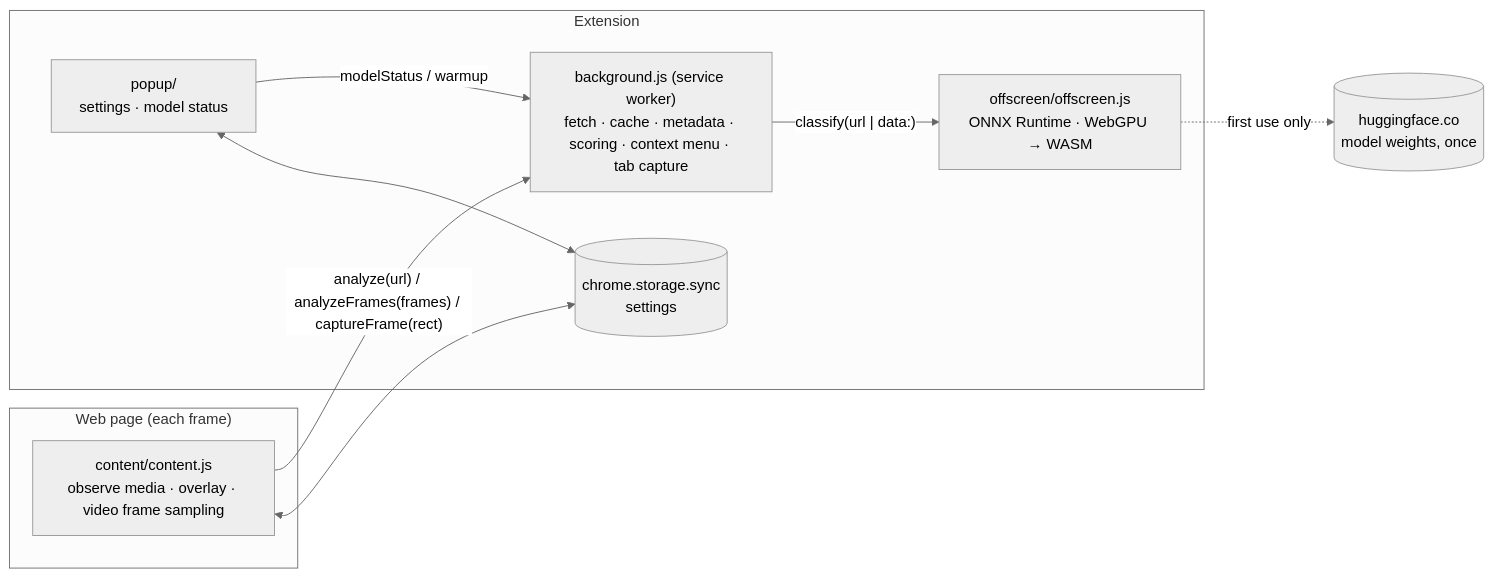
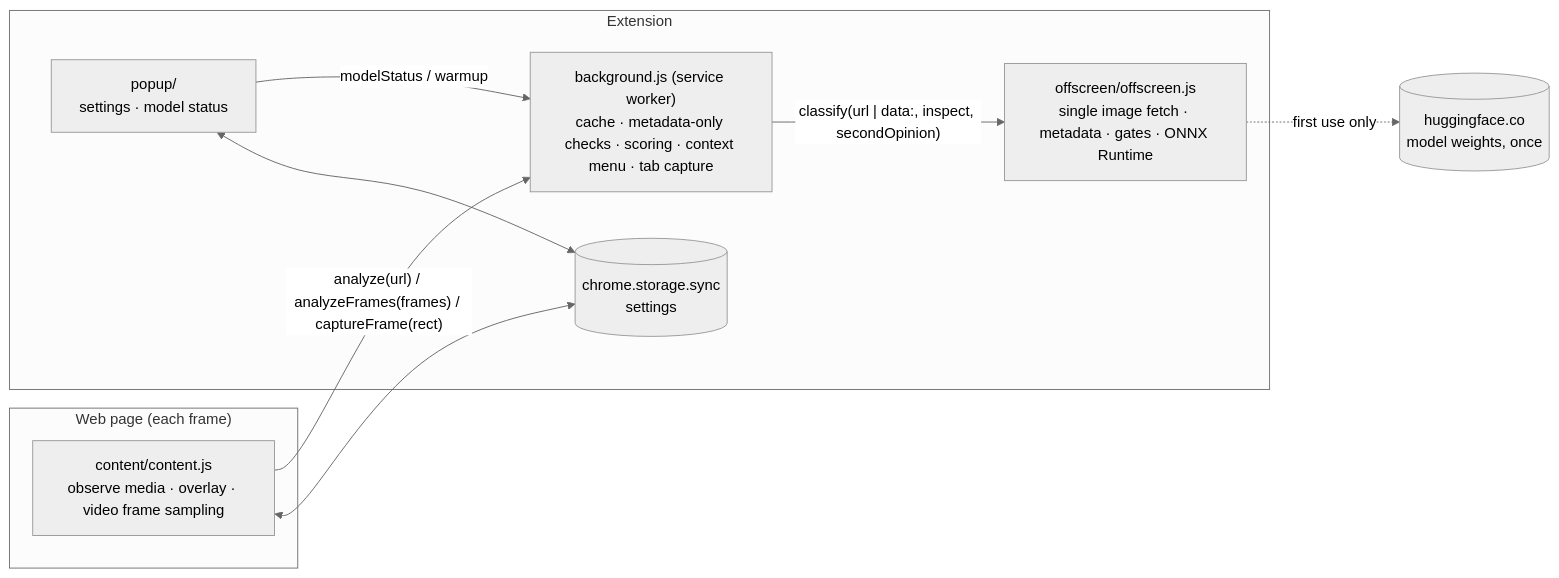
Before and after one commit to hikaku-io/hikaku-extension: the first of 2 diagrams in docs/ARCHITECTURE.md, drawn with Mermaid (neutral theme). The commit also changed other lines of this file and 33 other files, not shown here.

First line of the commit message:
Improve detection checks and add optional second opinions

````diff
--- a/docs/ARCHITECTURE.md
+++ b/docs/ARCHITECTURE.md
@@ -5,20 +5,20 @@
 ```mermaid
 flowchart LR
   subgraph Page["Web page (each frame)"]
     CS["content/content.js<br/>observe media · overlay · video frame sampling"]
   end
   subgraph Ext["Extension"]
-    SW["background.js (service worker)<br/>fetch · cache · metadata · scoring · context menu · tab capture"]
-    OFF["offscreen/offscreen.js<br/>ONNX Runtime · WebGPU → WASM"]
+    SW["background.js (service worker)<br/>cache · metadata-only checks · scoring · context menu · tab capture"]
+    OFF["offscreen/offscreen.js<br/>single image fetch · metadata · gates · ONNX Runtime"]
     POP["popup/<br/>settings · model status"]
     ST[("chrome.storage.sync<br/>settings")]
   end
   HF[("huggingface.co<br/>model weights, once")]
 
   CS -- "analyze(url) / analyzeFrames(frames) / captureFrame(rect)" --> SW
-  SW -- "classify(url | data:)" --> OFF
+  SW -- "classify(url | data:, inspect, secondOpinion)" --> OFF
   OFF -. "first use only" .-> HF
   POP -- "modelStatus / warmup" --> SW
   POP <--> ST
   CS <--> ST
 ```
````
